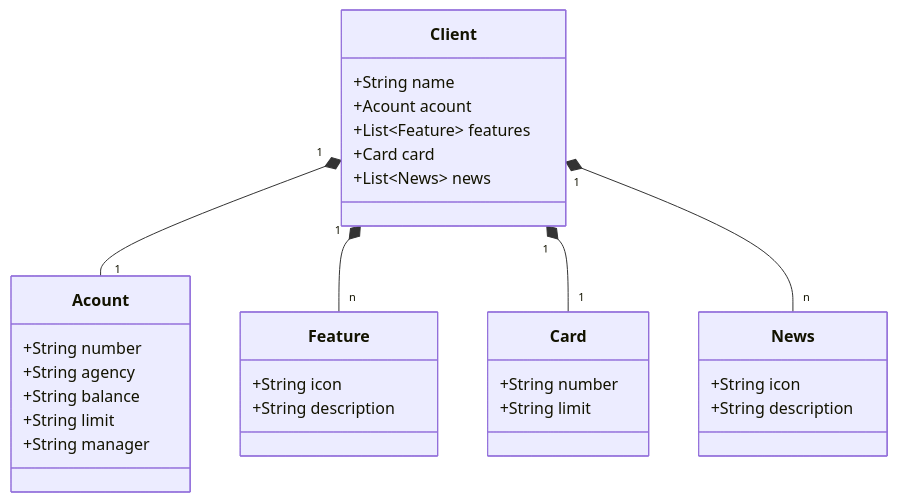
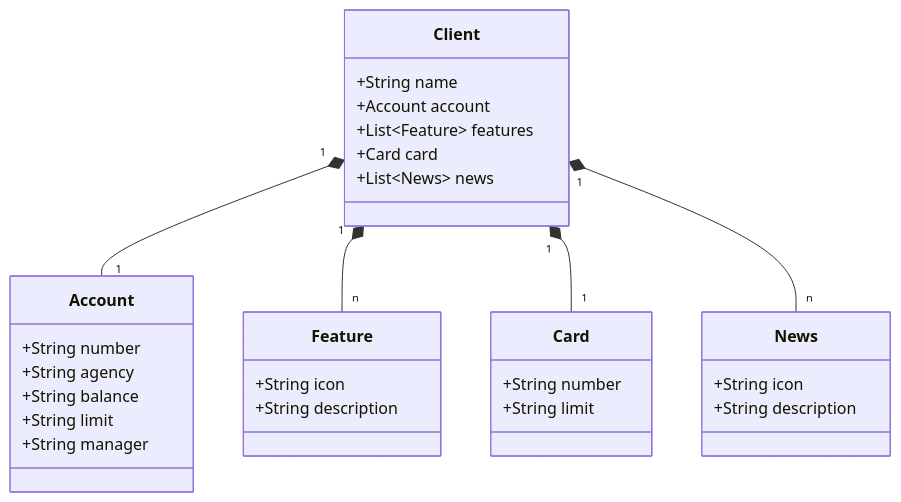
Before and after one commit to Gfsilva13/decolatech-2025: the diagram in README.md, drawn with Mermaid.

Commit message:
Update README.md
Correção Account

````diff
--- a/README.md
+++ b/README.md
@@ -6,38 +6,38 @@
 ```mermaid
 classDiagram
     class Client {
         +String name
-        +Acount acount
+        +Account account
         +List~Feature~ features
         +Card card
         +List~News~ news
     }
 
-    class Acount {
+    class Account {
         +String number
         +String agency
         +String balance
         +String limit
         +String manager
     }
 
     class Feature {
         +String icon
         +String description
     }
 
     class Card {
         +String number
         +String limit
     }
 
     class News {
         +String icon
         +String description
     }
 
-    Client "1"* -- "1" Acount
+    Client "1"* -- "1" Account
     Client "1"* -- "n" Feature
     Client "1"* -- "1" Card 
     Client "1"* -- "n" News 
 ```
````
